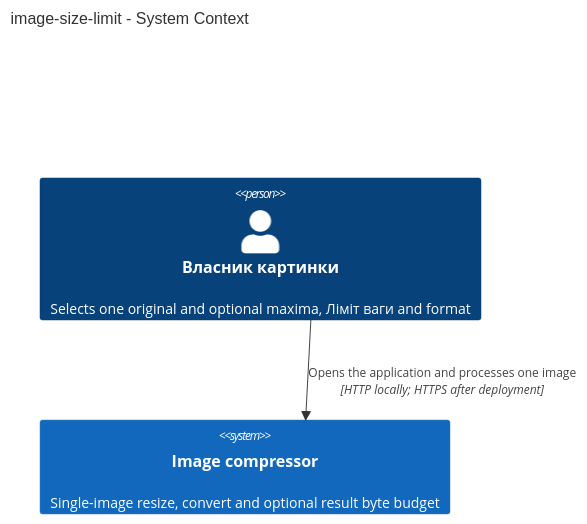
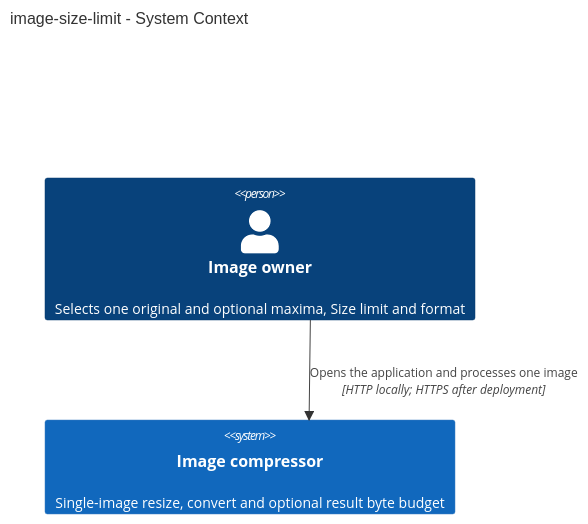
One commit to shved270189/image_compressor changed the first of 8 diagrams in docs/features/image-size-limit/sad.md. Above: the diagram before and after it, drawn with Mermaid. The commit also changed other lines of this file and 46 other files, not shown here.

````diff
--- a/docs/features/image-size-limit/sad.md
+++ b/docs/features/image-size-limit/sad.md
@@ -62,7 +62,7 @@
 ```mermaid
 C4Context
     title image-size-limit - System Context
-    Person(owner, "Власник картинки", "Selects one original and optional maxima, Ліміт ваги and format")
+    Person(owner, "Image owner", "Selects one original and optional maxima, Size limit and format")
     System(compressor, "Image compressor", "Single-image resize, convert and optional result byte budget")
     Rel(owner, compressor, "Opens the application and processes one image", "HTTP locally; HTTPS after deployment")
 ```
````
